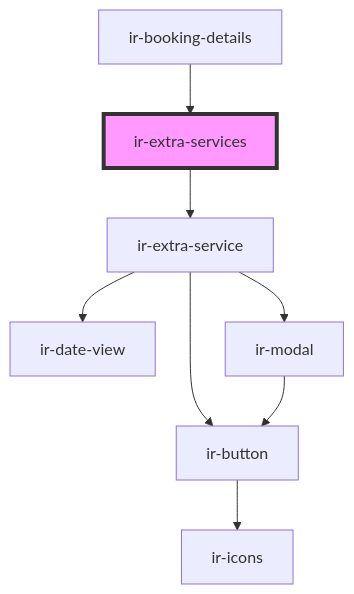
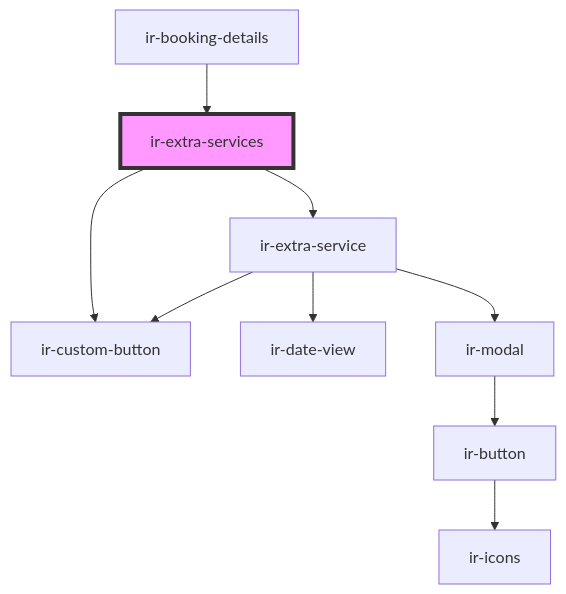
Before and after one commit to David1Chowaifaty/modified-ir-webcmp: the diagram in src/components/ir-booking-details/ir-extra-services/readme.md, drawn with Mermaid. The commit also changed other lines of this file and 70 other files, not shown here.

````diff
--- a/src/components/ir-booking-details/ir-extra-services/readme.md
+++ b/src/components/ir-booking-details/ir-extra-services/readme.md
@@ -26,11 +27,12 @@
 ```mermaid
 graph TD;
+  ir-extra-services --> ir-custom-button
   ir-extra-services --> ir-extra-service
-  ir-extra-service --> ir-button
+  ir-extra-service --> ir-custom-button
   ir-extra-service --> ir-date-view
   ir-extra-service --> ir-modal
+  ir-modal --> ir-button
   ir-button --> ir-icons
-  ir-modal --> ir-button
   ir-booking-details --> ir-extra-services
   style ir-extra-services fill:#f9f,stroke:#333,stroke-width:4px
 ```
````
